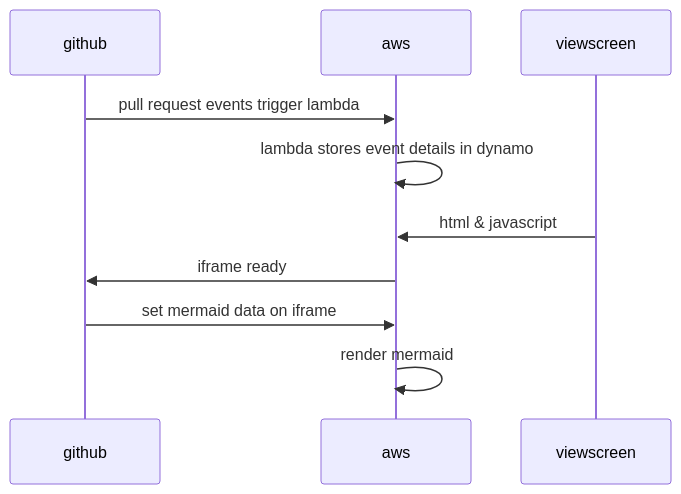
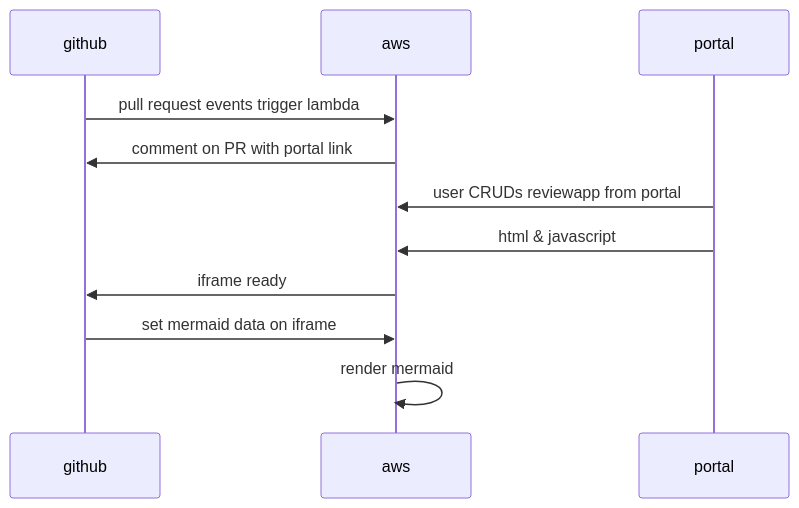
One commit to arpan-skilljar/testrepo changed the diagram in diagram.md. Above: the diagram before and after it, drawn with Mermaid.

Commit message:
add portal to diagram

````diff
--- a/diagram.md
+++ b/diagram.md
@@ -1,12 +1,13 @@
 ```mermaid
 sequenceDiagram
     participant github
     participant aws
-    participant viewscreen
+    participant portal
     github->>aws: pull request events trigger lambda
-    aws->>aws: lambda stores event details in dynamo
-    viewscreen->>aws: html & javascript
+    aws->>github: comment on PR with portal link
+    portal->>aws: user CRUDs reviewapp from portal
+    portal->>aws: html & javascript
     aws->>github: iframe ready
     github->>aws: set mermaid data on iframe
     aws->>aws: render mermaid
 ```
````
